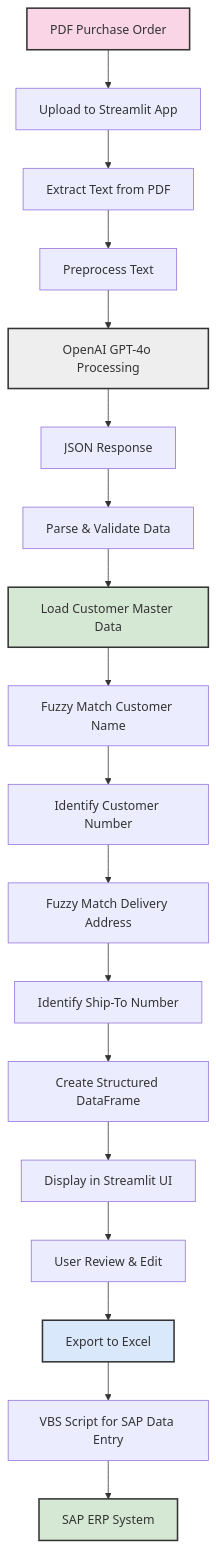
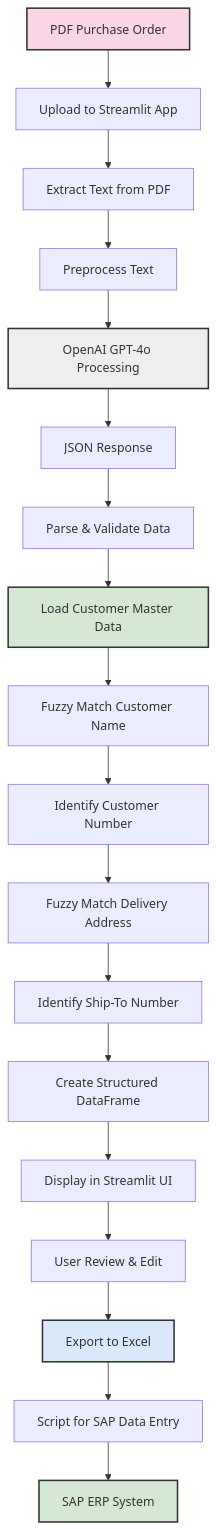
Before and after one commit to momofssd/po_pdf_extract_openai_test: the first of 2 diagrams in README.md, drawn with Mermaid. The commit also changed other lines of this file, not shown here.

````diff
--- a/README.md
+++ b/README.md
@@ -251,26 +251,26 @@
 ```mermaid
 flowchart TD
     A[PDF Purchase Order] --> B[Upload to Streamlit App]
     B --> C[Extract Text from PDF]
     C --> D[Preprocess Text]
     D --> E[OpenAI GPT-4o Processing]
     E --> F[JSON Response]
     F --> G[Parse & Validate Data]
     G --> H[Load Customer Master Data]
     H --> I[Fuzzy Match Customer Name]
     I --> J[Identify Customer Number]
     J --> K[Fuzzy Match Delivery Address]
     K --> L[Identify Ship-To Number]
     L --> M[Create Structured DataFrame]
     M --> N[Display in Streamlit UI]
     N --> O[User Review & Edit]
     O --> P[Export to Excel]
-    P --> Q[VBS Script for SAP Data Entry]
+    P --> Q[Script for SAP Data Entry]
     Q --> R[SAP ERP System]
     
     style A fill:#f9d5e5,stroke:#333,stroke-width:2px
     style E fill:#eeeeee,stroke:#333,stroke-width:2px
     style H fill:#d5e8d4,stroke:#333,stroke-width:2px
     style P fill:#dae8fc,stroke:#333,stroke-width:2px
     style R fill:#d5e8d4,stroke:#333,stroke-width:2px
 ```
````
